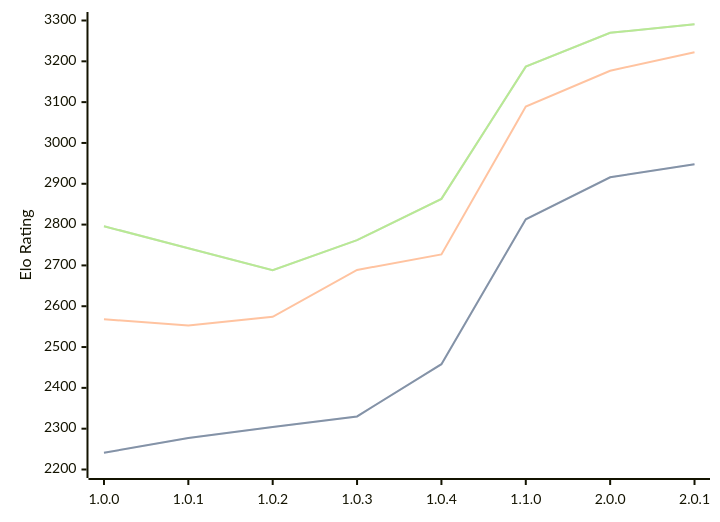
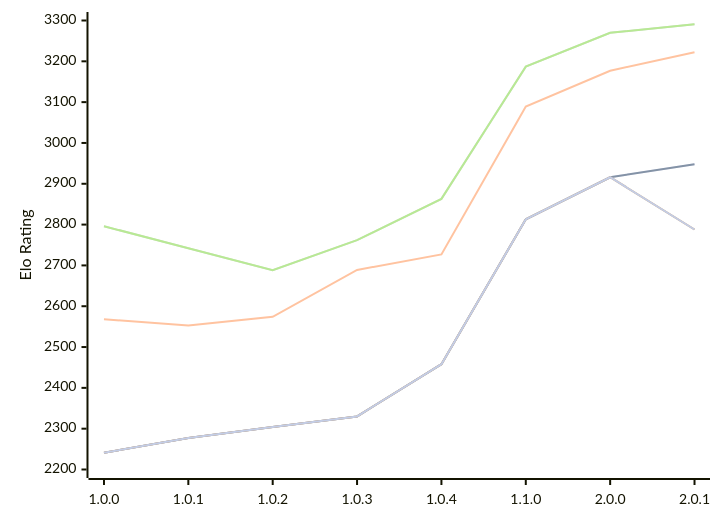
Before and after one commit to computer-chess-index/cci: the diagram in engines/Grail.md, drawn with Mermaid. The commit also changed other lines of this file, not shown here.

Commit message:
Update CCI Ratings (ELO VLTC) - 2026-10-11

````diff
--- a/engines/Grail.md
+++ b/engines/Grail.md
@@ -54,16 +54,13 @@
 ```mermaid
 %%{init: {"theme":"base","themeVariables":{"seriesColors:['#a3a3a3','#222221','#faa371']}}}%%
 xychart-beta
   x-axis ["1.0.0", "1.0.1", "1.0.2", "1.0.3", "1.0.4", "1.1.0", "2.0.0", "2.0.1"]
   y-axis "Elo Rating" 2200 --> 3300
   line "" [2241, 2277, 2304, 2330, 2458, 2813, 2916, 2948]
   line "T1: STC (8.0+0.08s)" [2241, 2277, 2304, 2330, 2458, 2813, 2916, 2948]
   line "T1: LTC (60.0+0.60s)" [2568, 2553, 2574, 2689, 2727, 3089, 3177, 3222]
   line "" [2796, 2742, 2688, 2762, 2863, 3187, 3270, 3291]
   line "T1: VLTC (2m24s+1.12s)" [2796, 2742, 2688, 2762, 2863, 3187, 3270, 3291]
-  line "" [2774]
-  line "E1: STC (8.0+0.08s)" [2774]
-  line "E1: LTC (60.0+0.60s)" [3114]
-  line "" [3256]
-  line "E1: VLTC (2m24s+1.12s)" [3256]
+  line "" [2241, 2277, 2304, 2330, 2458, 2813, 2916,2788]
+  line "E1: STC (8.0+0.08s)" [2241, 2277, 2304, 2330, 2458, 2813, 2916,2788]
 ```
````
